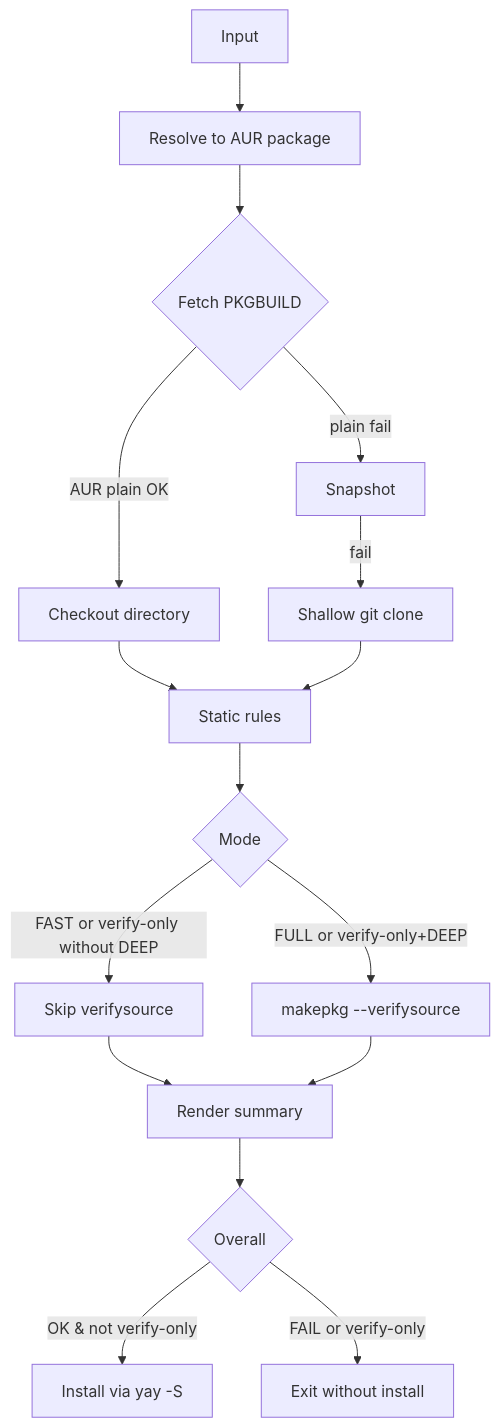
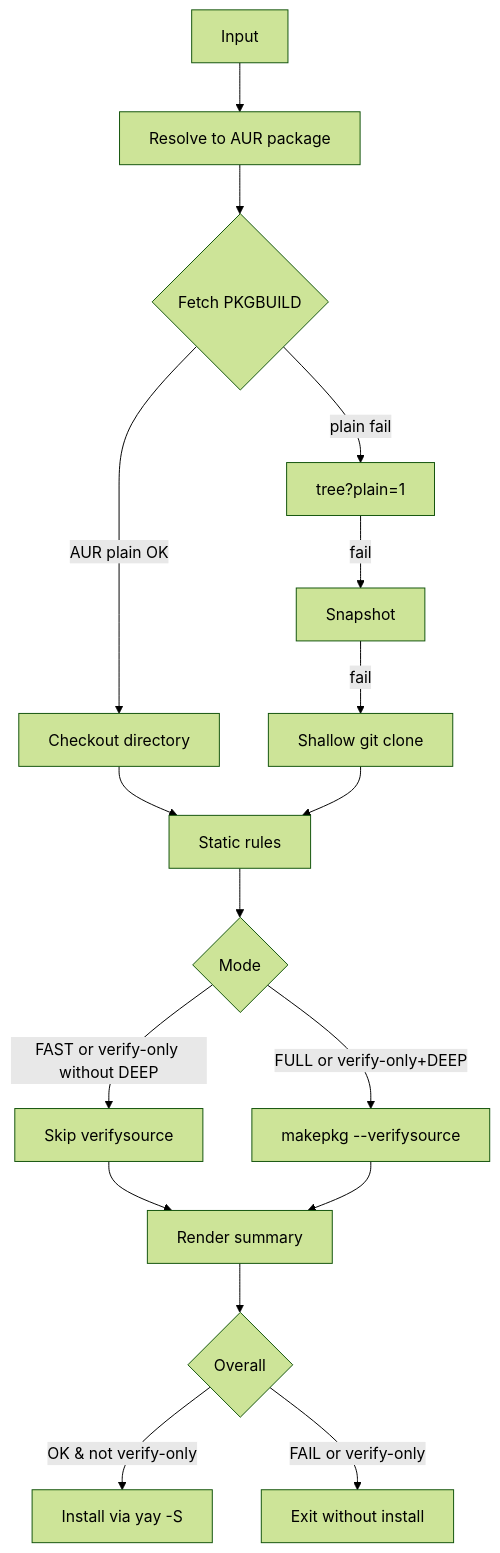
The first of 12 diagrams in docs/developer/README.dev.md (LuigiD5555/aur_scanner), drawn with Mermaid before and after one commit. The commit also changed other lines of this file and 2 other files, not shown here.

````diff
--- a/docs/developer/README.dev.md
+++ b/docs/developer/README.dev.md
@@ -17,18 +73,20 @@
 ```mermaid
+%%{init: {"theme": "forest", "handDrawn": true}}%%
 flowchart TD
     A[Input] --> B[Resolve to AUR package]
     B --> C{Fetch PKGBUILD}
     C -->|AUR plain OK| D[Checkout directory]
-    C -->|plain fail| E[Snapshot]
-    E -->|fail| F[Shallow git clone]
-    D --> G[Static rules]
-    F --> G
-    G --> H{Mode}
-    H -->|FAST or verify-only without DEEP| I[Skip verifysource]
-    H -->|FULL or verify-only+DEEP| J[makepkg --verifysource]
-    I --> K[Render summary]
-    J --> K
-    K --> L{Overall}
-    L -->|OK & not verify-only| M[Install via yay -S]
-    L -->|FAIL or verify-only| N[Exit without install]
+    C -->|plain fail| E[tree?plain=1]
+    E -->|fail| F[Snapshot]
+    F -->|fail| G[Shallow git clone]
+    D --> H[Static rules]
+    G --> H
+    H --> I{Mode}
+    I -->|FAST or verify-only without DEEP| J[Skip verifysource]
+    I -->|FULL or verify-only+DEEP| K[makepkg --verifysource]
+    J --> L[Render summary]
+    K --> L
+    L --> M{Overall}
+    M -->|OK & not verify-only| N[Install via yay -S]
+    M -->|FAIL or verify-only| O[Exit without install]
 ```
````
